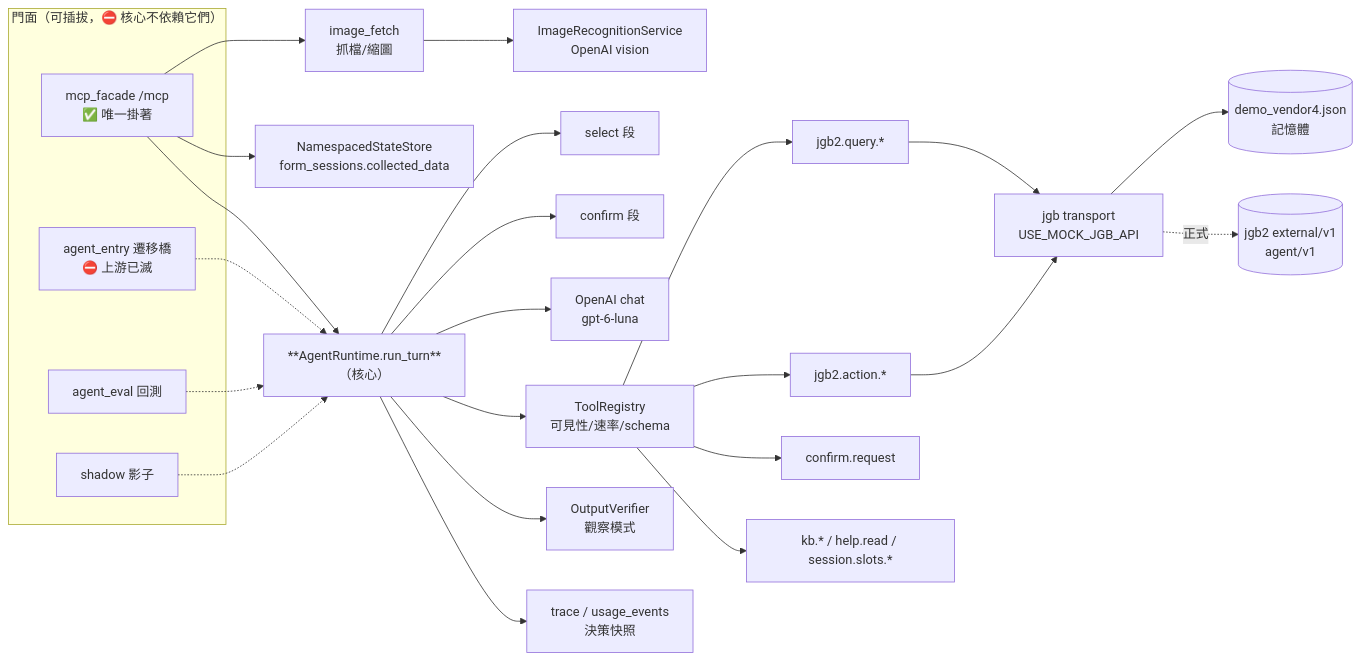
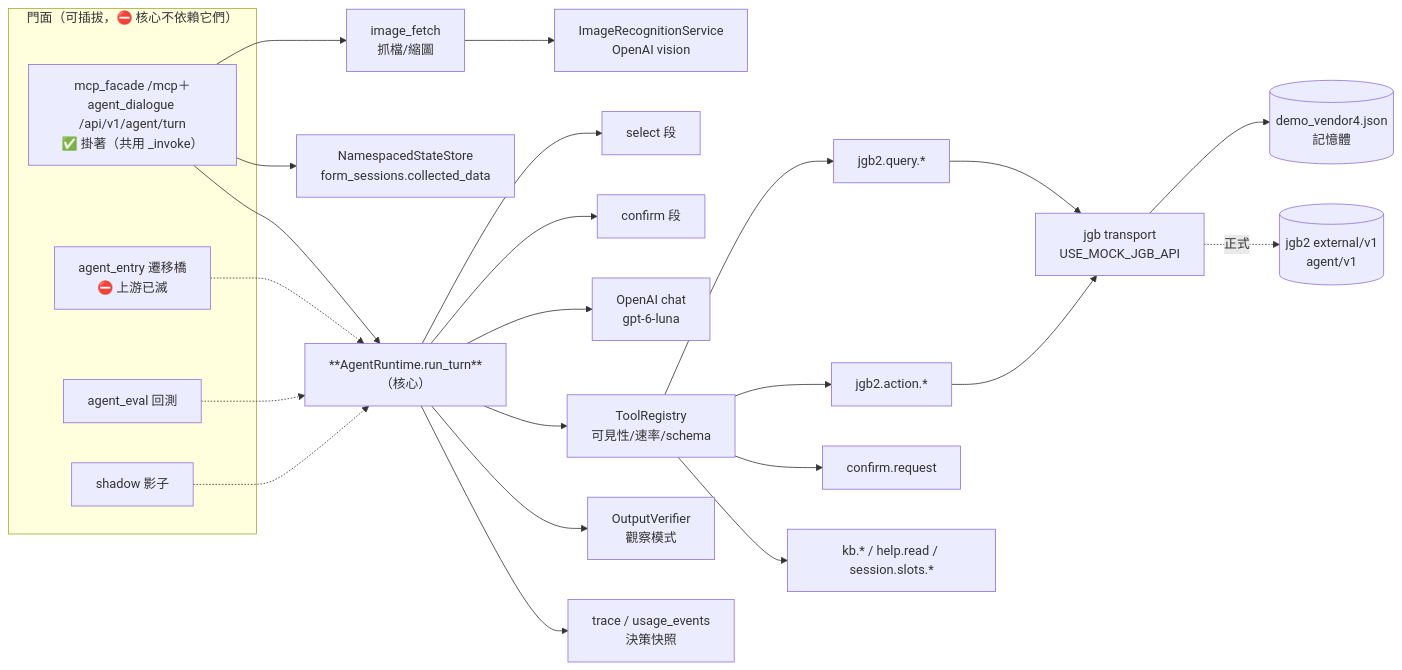
One commit to JGBlenny/AIChatbot changed the first of 3 diagrams in docs/architecture/AGENTIC_MCP_ARCHITECTURE.md. Above: the diagram before and after it, drawn with Mermaid. The commit also changed other lines of this file and 22 other files, not shown here.

````diff
--- a/docs/architecture/AGENTIC_MCP_ARCHITECTURE.md
+++ b/docs/architecture/AGENTIC_MCP_ARCHITECTURE.md
@@ -174,30 +174,30 @@
 ```mermaid
 flowchart LR
   subgraph FACES["門面（可插拔，⛔ 核心不依賴它們）"]
-    F["mcp_facade /mcp\n✅ 唯一掛著"]
+    F["mcp_facade /mcp＋agent_dialogue /api/v1/agent/turn\n✅ 掛著（共用 _invoke）"]
     RE["agent_entry 遷移橋\n⛔ 上游已滅"]
     EV["agent_eval 回測"]
     SH["shadow 影子"]
   end
   F --> RT
   RE -.-> RT
   EV -.-> RT
   SH -.-> RT
   F --> ST[NamespacedStateStore\nform_sessions.collected_data]
   F --> IM[image_fetch\n抓檔/縮圖]
   IM --> VS[ImageRecognitionService\nOpenAI vision]
   RT["**AgentRuntime.run_turn**\n（核心）"] --> SEL[select 段]
   RT --> CF[confirm 段]
   RT --> LLM[OpenAI chat\ngpt-6-luna]
   RT --> REG[ToolRegistry\n可見性/速率/schema]
   REG --> Q[jgb2.query.*]
   REG --> A[jgb2.action.*]
   REG --> C[confirm.request]
   REG --> K[kb.* / help.read / session.slots.*]
   Q --> TR[jgb transport\nUSE_MOCK_JGB_API]
   A --> TR
   TR --> MOCK[(demo_vendor4.json\n記憶體)]
   TR -. 正式 .-> JGB[(jgb2 external/v1\nagent/v1)]
   RT --> VF[OutputVerifier\n觀察模式]
   RT --> TRC[trace / usage_events\n決策快照]
 ```
````
